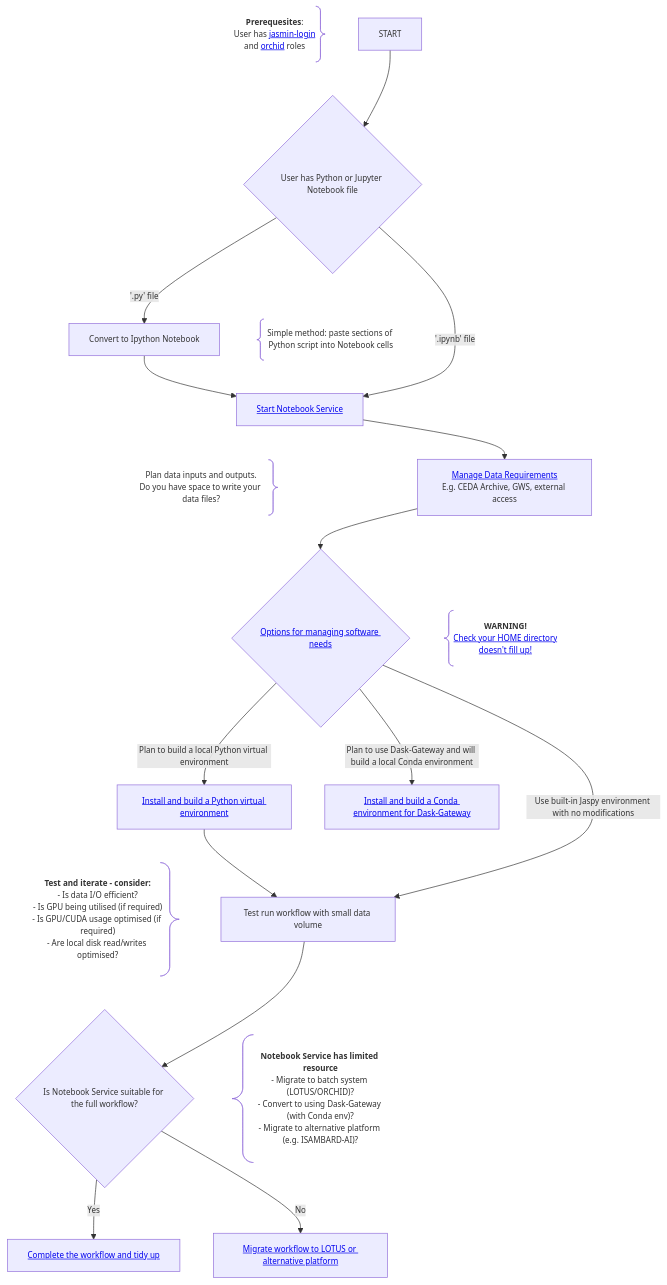
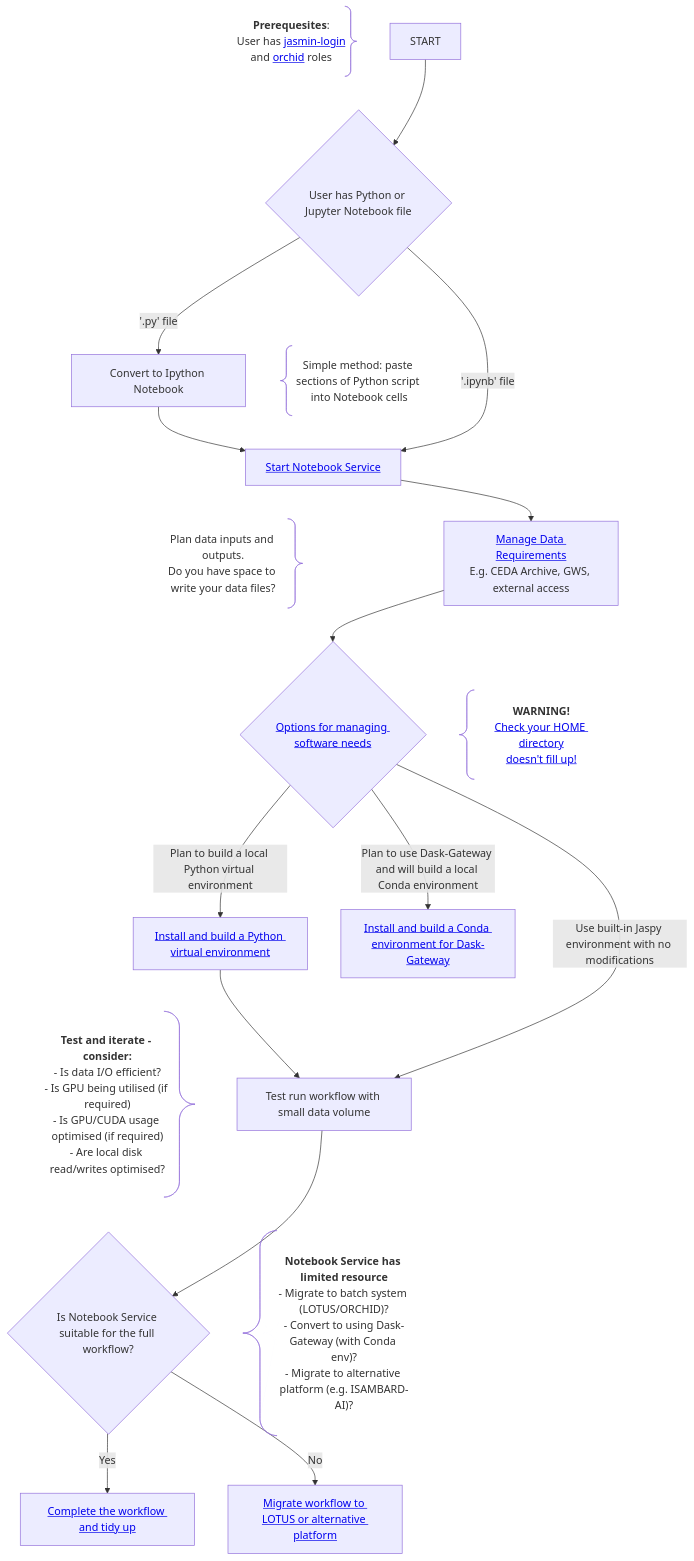
The first of 3 diagrams in README.md (agstephens/proto-jasmin-mermaid-docs), drawn with Mermaid before and after one commit.

Commit message:
Increase font size in README configuration

````diff
--- a/README.md
+++ b/README.md
@@ -13,49 +13,49 @@
 ```mermaid
 ---
 config:
   theme: 'default'
   themeVariables:
-    fontSize: 9pt
+    fontSize: 12pt
 ---
  flowchart TD
     START --> PY_IPYNB{User has Python or Jupyter Notebook file}
 
     C1@{ shape: brace-r, label: "<b>Prerequesites</b>:
         User has <a href='http://help.jasmin.ac.uk/docs/getting-started/get-login-account/'>jasmin-login</a> 
         and <a href='https://help.jasmin.ac.uk/docs/batch-computing/orchid-gpu-cluster/#request-access-to-orchid'>orchid</a> roles" } ~~~ PY_IPYNB
 
     PY_IPYNB -->|'.ipynb' file| START_NBS[<a href="https://help.jasmin.ac.uk/docs/interactive-computing/jasmin-notebooks-service/#using-the-jasmin-notebook-service">Start Notebook Service</a>]
     PY_IPYNB -->|'.py' file| CONVERT_PY[Convert to Ipython Notebook]
 
     PY_IPYNB ~~~ C2@{ shape: brace-l, label: "Simple method: paste sections of Python script into Notebook cells"}
 
     CONVERT_PY --> START_NBS
     START_NBS ~~~ C3@{ shape: brace-r, label: "Plan data inputs and outputs.<br/>Do you have space to write your data files?"}
     
     START_NBS --> DATA_NEEDS[<a href="https://github.com/agstephens/proto-jasmin-mermaid-docs/blob/main/README.md#managing-data-access">Manage Data Requirements</a><br/>E.g. CEDA Archive, GWS, external access]
 
     DATA_NEEDS --> SW_NEEDS{<a href="https://github.com/agstephens/proto-jasmin-mermaid-docs/blob/main/README.md#software-management">Options for managing software needs</a>}
 
     SW_NEEDS -->|Use built-in Jaspy environment with no modifications| TEST_RUN[Test run workflow with small data volume]
     SW_NEEDS -->|Plan to build a local Python virtual environment| VENV_INSTALL[<a href="https://github.com/agstephens/proto-jasmin-mermaid-docs/blob/main/README.md#building-virtual-environments">Install and build a Python virtual environment</a>]
     SW_NEEDS -->|Plan to use Dask-Gateway and will build a local Conda environment| CONDA_INSTALL[<a href="https://github.com/agstephens/proto-jasmin-mermaid-docs/blob/main/README.md#using-dask-gateway">Install and build a Conda environment for Dask-Gateway</a>]
 
     DATA_NEEDS ~~~ C4@{ shape: brace-l, label: "<b>WARNING!</b><br/><a href='https://github.com/agstephens/proto-jasmin-mermaid-docs/blob/main/README.md#managing-your-home-directory'>Check your HOME directory<br/>doesn't fill up!</a>"}
     VENV_INSTALL --> TEST_RUN
 
     TEST_RUN --> FULL_RUN{Is Notebook Service suitable for the full workflow?}
 
     C5@{ shape: brace-r, label: "<b>Test and iterate - consider:</b>
     - Is data I/O efficient?
     - Is GPU being utilised (if required)
     - Is GPU/CUDA usage optimised (if required)
     - Are local disk read/writes optimised?"} ~~~ FULL_RUN
 
     TEST_RUN ~~~ C6@{ shape: brace-l, label: "**Notebook Service has limited resource**
     - Migrate to batch system (LOTUS/ORCHID)?
     - Convert to using Dask-Gateway (with Conda env)?
     - Migrate to alternative platform (e.g. ISAMBARD-AI)?"}
 
     FULL_RUN -->|Yes| COMPLETE[<a href="https://github.com/agstephens/proto-jasmin-mermaid-docs/blob/main/README.md#workflow-completion">Complete the workflow and tidy up</a>]
     FULL_RUN -->|No| MIGRATE[<a href="https://github.com/agstephens/proto-jasmin-mermaid-docs/blob/main/README.md#workflow-migration">Migrate workflow to LOTUS or alternative platform</a>]
 ```
````
